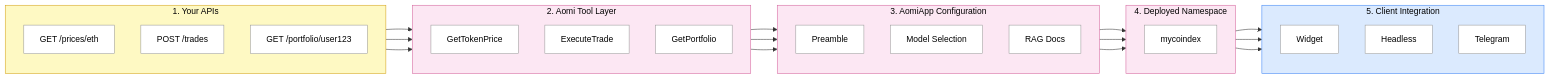
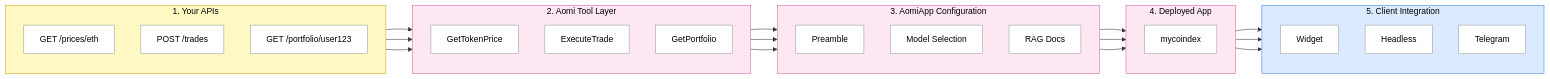
One commit to aomi-labs/aomi-widget changed the diagram in apps/landing/content/guides/build/integration-guide.mdx. Above: the diagram before and after it, drawn with Mermaid. The commit also changed other lines of this file and 24 other files, not shown here.

````diff
--- a/apps/landing/content/guides/build/integration-guide.mdx
+++ b/apps/landing/content/guides/build/integration-guide.mdx
@@ -14,70 +14,70 @@
 ```mermaid
 flowchart LR
     subgraph YOUR["1. Your APIs"]
         direction TB
         API1["GET /prices/eth"]
         API2["POST /trades"]
         API3["GET /portfolio/user123"]
     end
 
     subgraph AOMI["2. Aomi Tool Layer"]
         direction TB
         T1["GetTokenPrice"]
         T2["ExecuteTrade"]
         T3["GetPortfolio"]
     end
 
     subgraph CONFIG["3. AomiApp Configuration"]
         direction TB
         PREAMBLE["Preamble"]
         MODEL["Model Selection"]
         RAG["RAG Docs"]
     end
 
-    subgraph NS_GROUP["4. Deployed Namespace"]
+    subgraph NS_GROUP["4. Deployed App"]
         direction TB
         NS["mycoindex"]
     end
 
     subgraph CLIENT["5. Client Integration"]
         direction TB
         CL1["Widget"]
         CL2["Headless"]
         CL3["Telegram"]
     end
 
     API1 --> T1
     API2 --> T2
     API3 --> T3
 
     T1 --> PREAMBLE
     T2 --> PREAMBLE
     T3 --> PREAMBLE
     MODEL --> NS
     RAG --> NS
     PREAMBLE --> NS
 
     NS --> CL1
     NS --> CL2
     NS --> CL3
 
     style YOUR fill:#fef9c3,stroke:#d4a017,color:#000
     style AOMI fill:#fce7f3,stroke:#d4619b,color:#000
     style CONFIG fill:#fce7f3,stroke:#d4619b,color:#000
     style NS_GROUP fill:#fce7f3,stroke:#d4619b,color:#000
     style CLIENT fill:#dbeafe,stroke:#3b82f6,color:#000
 
     style API1 fill:#fff,stroke:#999,color:#000
     style API2 fill:#fff,stroke:#999,color:#000
     style API3 fill:#fff,stroke:#999,color:#000
     style T1 fill:#fff,stroke:#999,color:#000
     style T2 fill:#fff,stroke:#999,color:#000
     style T3 fill:#fff,stroke:#999,color:#000
     style PREAMBLE fill:#fff,stroke:#999,color:#000
     style MODEL fill:#fff,stroke:#999,color:#000
     style RAG fill:#fff,stroke:#999,color:#000
     style NS fill:#fff,stroke:#999,color:#000
     style CL1 fill:#fff,stroke:#999,color:#000
     style CL2 fill:#fff,stroke:#999,color:#000
     style CL3 fill:#fff,stroke:#999,color:#000
 ```
````
